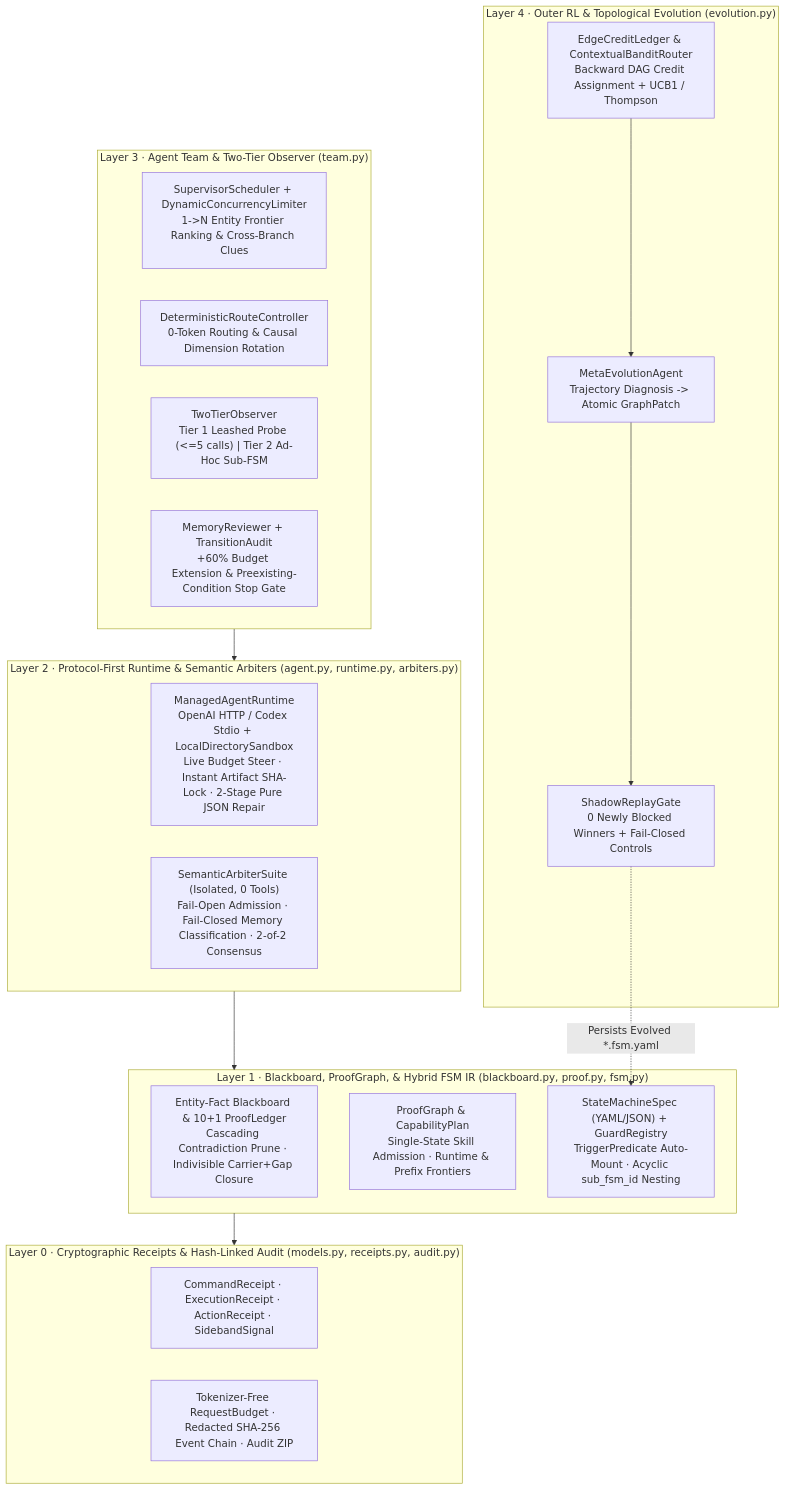
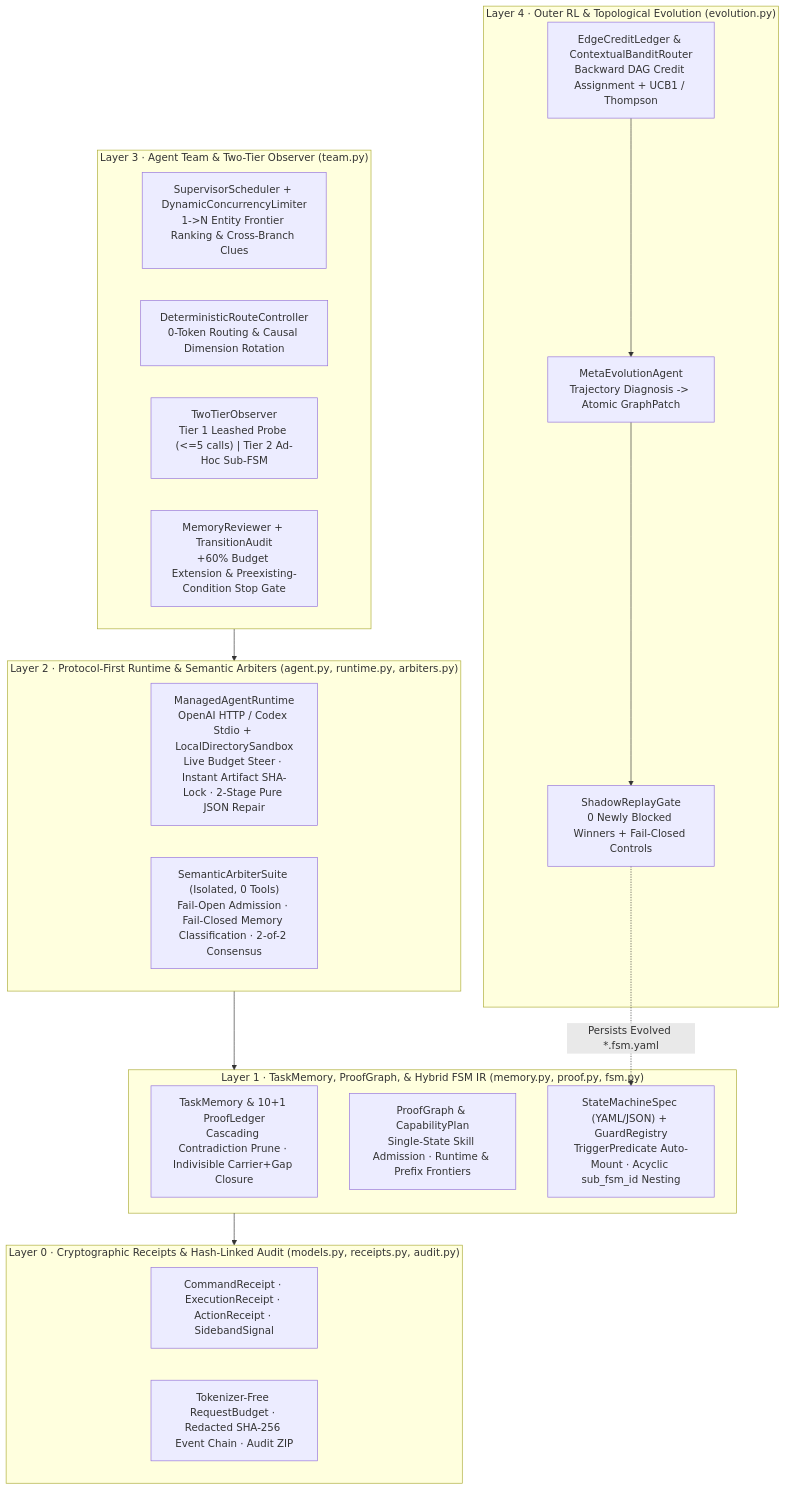
One commit to EBWi11/Vouchloom changed the diagram in README.md. Above: the diagram before and after it, drawn with Mermaid. The commit also changed other lines of this file and 12 other files, not shown here.

Commit message:
Align memory naming with bug_hunter: rename Blackboard to TaskMemory (memory.py)

````diff
--- a/README.md
+++ b/README.md
@@ -18,38 +18,38 @@
 ```mermaid
 flowchart TB
     subgraph L4["Layer 4 · Outer RL & Topological Evolution (evolution.py)"]
         Meta["MetaEvolutionAgent\nTrajectory Diagnosis -> Atomic GraphPatch"]
         Credit["EdgeCreditLedger & ContextualBanditRouter\nBackward DAG Credit Assignment + UCB1 / Thompson"]
         Replay["ShadowReplayGate\n0 Newly Blocked Winners + Fail-Closed Controls"]
         Meta --> Replay
         Credit --> Meta
     end
 
     subgraph L3["Layer 3 · Agent Team & Two-Tier Observer (team.py)"]
         Sup["SupervisorScheduler + DynamicConcurrencyLimiter\n1->N Entity Frontier Ranking & Cross-Branch Clues"]
         Route["DeterministicRouteController\n0-Token Routing & Causal Dimension Rotation"]
         Obs["TwoTierObserver\nTier 1 Leashed Probe (<=5 calls) | Tier 2 Ad-Hoc Sub-FSM"]
         Rev["MemoryReviewer + TransitionAudit\n+60% Budget Extension & Preexisting-Condition Stop Gate"]
     end
 
     subgraph L2["Layer 2 · Protocol-First Runtime & Semantic Arbiters (agent.py, runtime.py, arbiters.py)"]
         RT["ManagedAgentRuntime\nOpenAI HTTP / Codex Stdio + LocalDirectorySandbox\nLive Budget Steer · Instant Artifact SHA-Lock · 2-Stage Pure JSON Repair"]
         Arb["SemanticArbiterSuite (Isolated, 0 Tools)\nFail-Open Admission · Fail-Closed Memory Classification · 2-of-2 Consensus"]
     end
 
-    subgraph L1["Layer 1 · Blackboard, ProofGraph, & Hybrid FSM IR (blackboard.py, proof.py, fsm.py)"]
-        BB["Entity-Fact Blackboard & 10+1 ProofLedger\nCascading Contradiction Prune · Indivisible Carrier+Gap Closure"]
+    subgraph L1["Layer 1 · TaskMemory, ProofGraph, & Hybrid FSM IR (memory.py, proof.py, fsm.py)"]
+        BB["TaskMemory & 10+1 ProofLedger\nCascading Contradiction Prune · Indivisible Carrier+Gap Closure"]
         PG["ProofGraph & CapabilityPlan\nSingle-State Skill Admission · Runtime & Prefix Frontiers"]
         FSM["StateMachineSpec (YAML/JSON) + GuardRegistry\nTriggerPredicate Auto-Mount · Acyclic sub_fsm_id Nesting"]
     end
 
     subgraph L0["Layer 0 · Cryptographic Receipts & Hash-Linked Audit (models.py, receipts.py, audit.py)"]
         Rec["CommandReceipt · ExecutionReceipt · ActionReceipt · SidebandSignal"]
         Aud["Tokenizer-Free RequestBudget · Redacted SHA-256 Event Chain · Audit ZIP"]
     end
 
     Replay -. "Persists Evolved *.fsm.yaml" .-> FSM
     L3 --> L2
     L2 --> L1
     L1 --> L0
 ```
````
